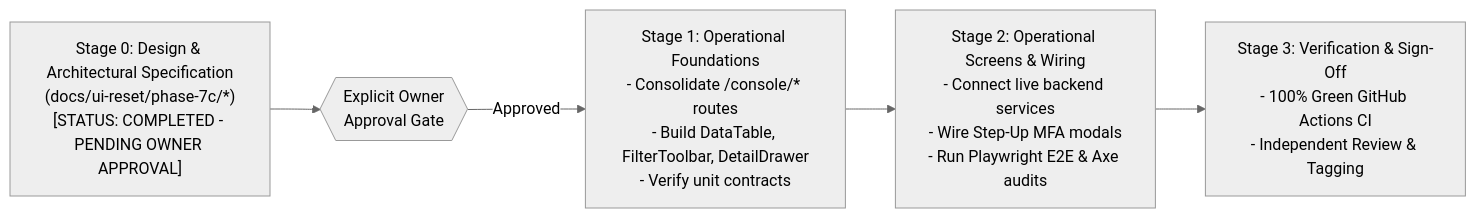
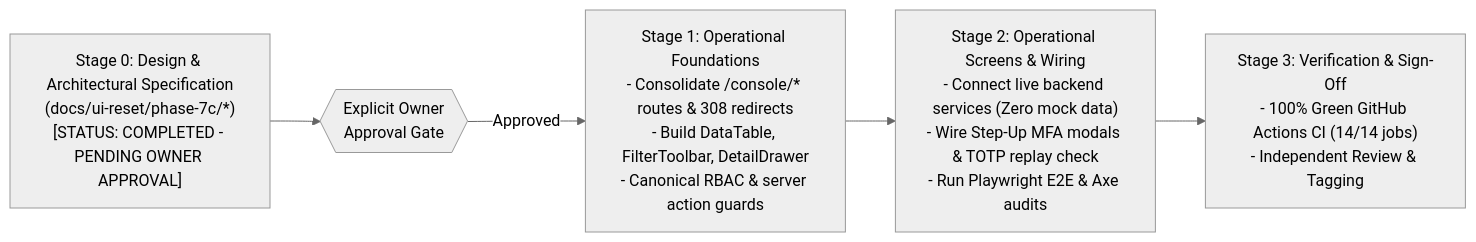
The second of 2 diagrams in docs/ui-reset/phase-7c/08_TEST_PLAN_AND_ACCEPTANCE_CRITERIA.md (Nikhil-ig/OrbitoX-Platform), drawn with Mermaid (neutral theme) before and after one commit. The commit also changed other lines of this file and 9 other files, not shown here.

Commit message:
docs(7c): reconcile stage 0 specifications with baseline breakpoints, canonical rbac, and route inventory

````diff
--- a/docs/ui-reset/phase-7c/08_TEST_PLAN_AND_ACCEPTANCE_CRITERIA.md
+++ b/docs/ui-reset/phase-7c/08_TEST_PLAN_AND_ACCEPTANCE_CRITERIA.md
@@ -71,7 +126,7 @@
 ```mermaid
 flowchart LR
     STAGE0["Stage 0: Design & Architectural Specification\n(docs/ui-reset/phase-7c/*)\n[STATUS: COMPLETED - PENDING OWNER APPROVAL]"] --> GATE{{"Explicit Owner\nApproval Gate"}}
-    GATE -->|Approved| STAGE1["Stage 1: Operational Foundations\n- Consolidate /console/* routes\n- Build DataTable, FilterToolbar, DetailDrawer\n- Verify unit contracts"]
-    STAGE1 --> STAGE2["Stage 2: Operational Screens & Wiring\n- Connect live backend services\n- Wire Step-Up MFA modals\n- Run Playwright E2E & Axe audits"]
-    STAGE2 --> STAGE3["Stage 3: Verification & Sign-Off\n- 100% Green GitHub Actions CI\n- Independent Review & Tagging"]
+    GATE -->|Approved| STAGE1["Stage 1: Operational Foundations\n- Consolidate /console/* routes & 308 redirects\n- Build DataTable, FilterToolbar, DetailDrawer\n- Canonical RBAC & server action guards"]
+    STAGE1 --> STAGE2["Stage 2: Operational Screens & Wiring\n- Connect live backend services (Zero mock data)\n- Wire Step-Up MFA modals & TOTP replay check\n- Run Playwright E2E & Axe audits"]
+    STAGE2 --> STAGE3["Stage 3: Verification & Sign-Off\n- 100% Green GitHub Actions CI (14/14 jobs)\n- Independent Review & Tagging"]
 ```
````
